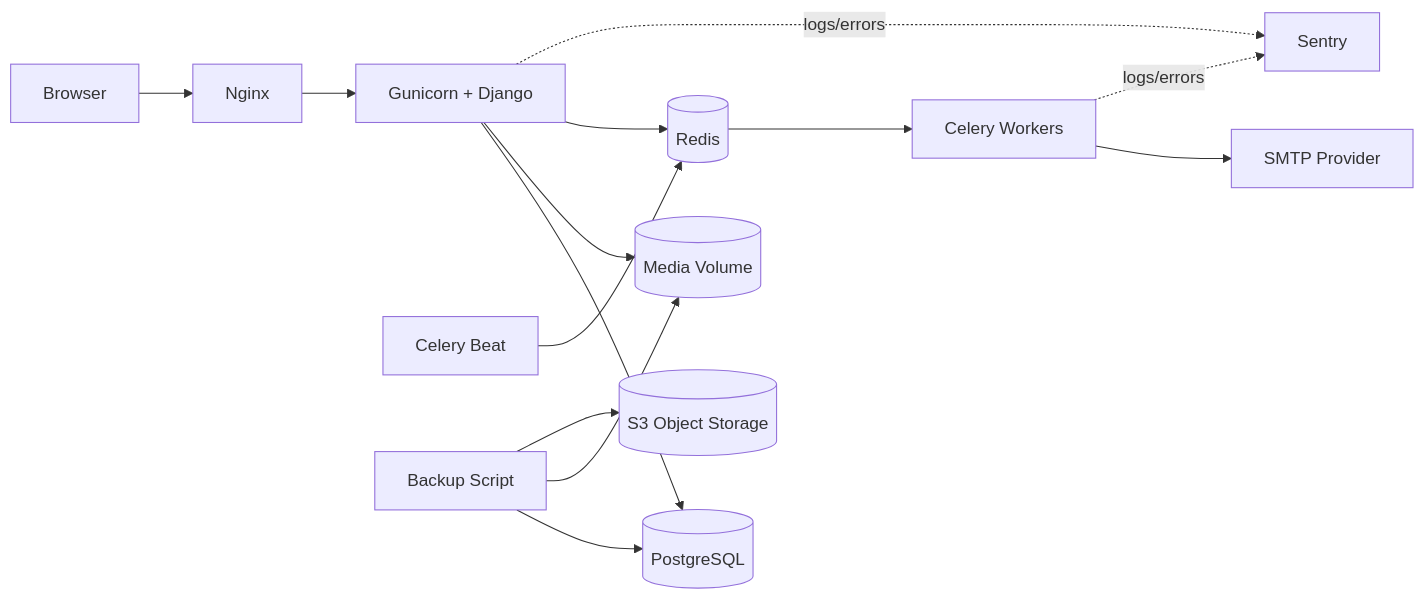
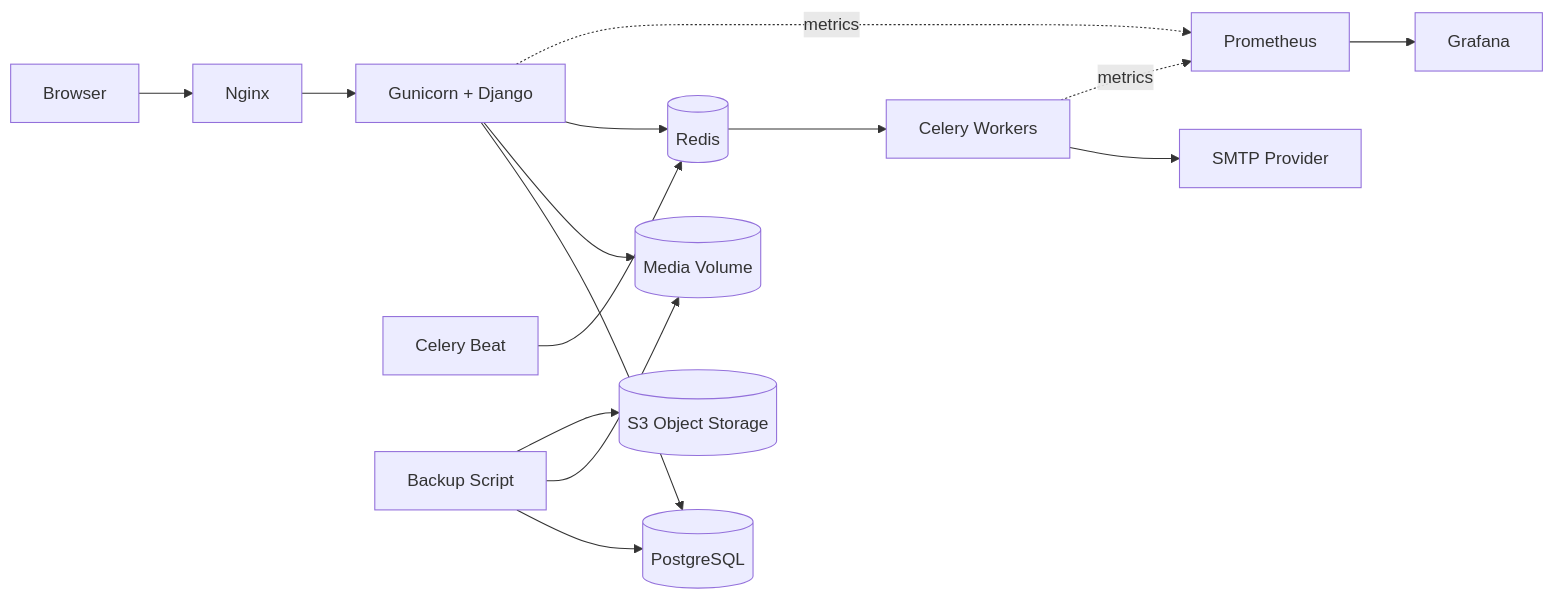
Before and after one commit to ViktorShadr/matchday_store: the diagram in README.md, drawn with Mermaid. The commit also changed other lines of this file and 6 other files, not shown here.

````diff
--- a/README.md
+++ b/README.md
@@ -113,16 +114,17 @@
 ```mermaid
 flowchart LR
     Browser --> Nginx
     Nginx --> Django[Gunicorn + Django]
     Django --> PostgreSQL[(PostgreSQL)]
     Django --> Media[(Media Volume)]
     Django --> Redis[(Redis)]
     Redis --> Celery[Celery Workers]
     Beat[Celery Beat] --> Redis
     Celery --> SMTP[SMTP Provider]
     Backup[Backup Script] --> PostgreSQL
     Backup --> Media
     Backup --> S3[(S3 Object Storage)]
-    Django -. logs/errors .-> Sentry
-    Celery -. logs/errors .-> Sentry
+    Django -. metrics .-> Prometheus
+    Celery -. metrics .-> Prometheus
+    Prometheus --> Grafana
 ```
````
